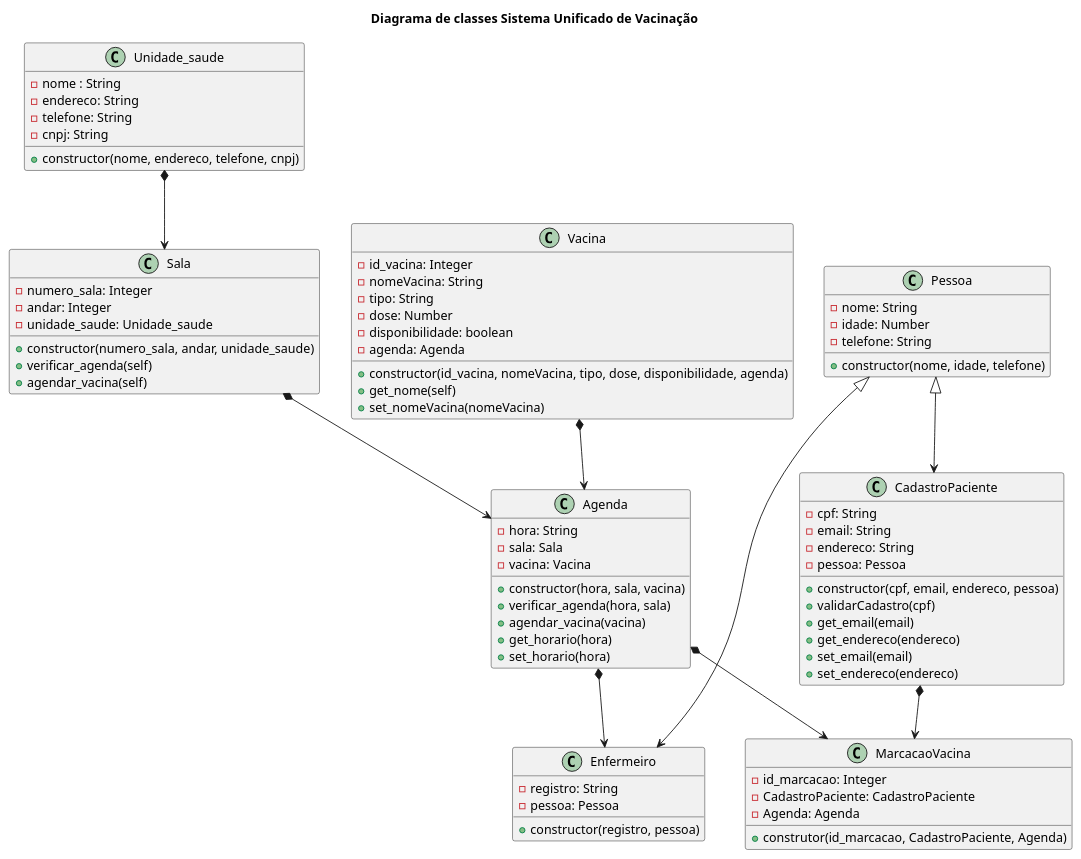
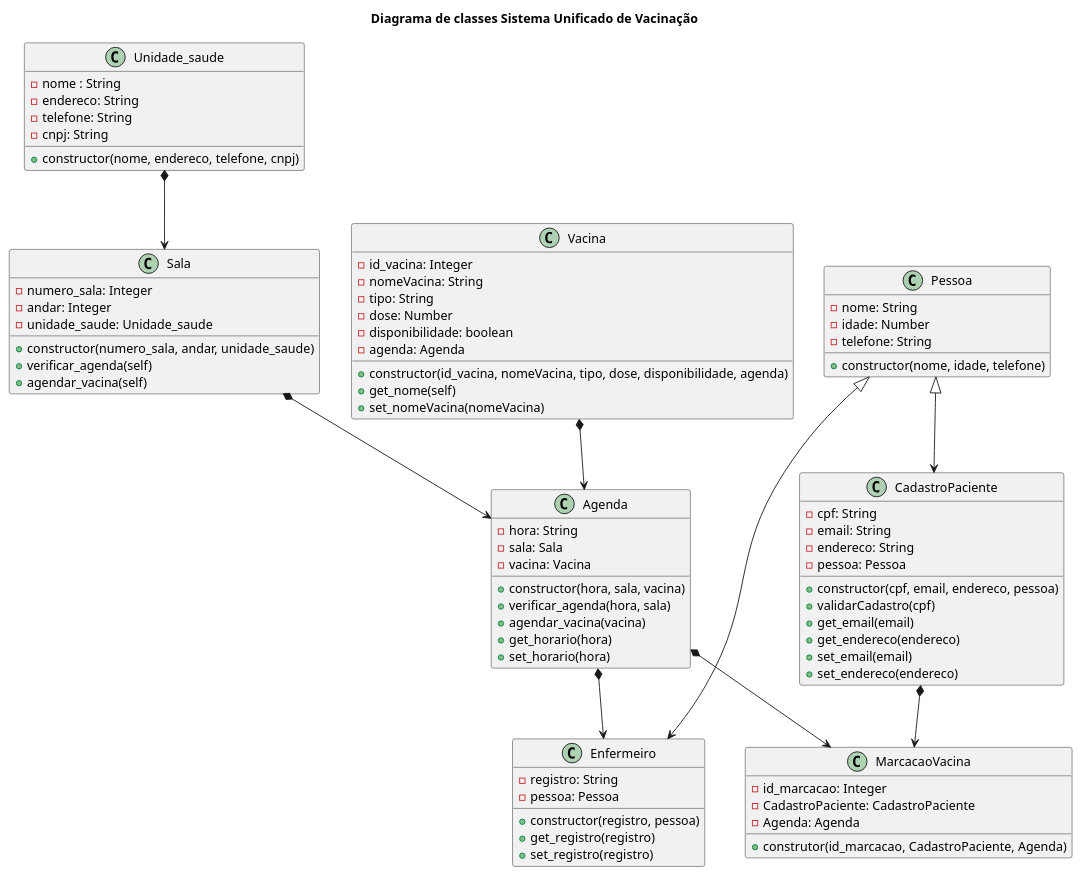
One commit to anleaes/2022-1-N2-POO-01 changed the diagram in diagrama_classe.plantuml. Above: the diagram before and after it, drawn with PlantUML.

Commit message:
atualizacao enfermeiro

```diff
--- a/diagrama_classe.plantuml
+++ b/diagrama_classe.plantuml
@@ -1,88 +1,90 @@
 @startuml diagrama_classe
 
 title Diagrama de classes Sistema Unificado de Vacinação
 
 class Unidade_saude{
     - nome : String
     - endereco: String
     - telefone: String
     - cnpj: String
     + constructor(nome, endereco, telefone, cnpj)
 }
 
 class Sala{
     - numero_sala: Integer
     - andar: Integer
     - unidade_saude: Unidade_saude 
     + constructor(numero_sala, andar, unidade_saude)
     + verificar_agenda(self)
     + agendar_vacina(self)
 }
 
 class Agenda{
     - hora: String
     - sala: Sala
     - vacina: Vacina
     + constructor(hora, sala, vacina)
     + verificar_agenda(hora, sala)
     + agendar_vacina(vacina)
     + get_horario(hora)
     + set_horario(hora)
 }
 
 
 Class Vacina{
     - id_vacina: Integer
     - nomeVacina: String
     - tipo: String
     - dose: Number
     - disponibilidade: boolean
     - agenda: Agenda
     + constructor(id_vacina, nomeVacina, tipo, dose, disponibilidade, agenda)
     + get_nome(self)
     + set_nomeVacina(nomeVacina)
 }
 
 class Pessoa{
     - nome: String
     - idade: Number
     - telefone: String
     + constructor(nome, idade, telefone)
 }
 
 class CadastroPaciente {
     - cpf: String
     - email: String
     - endereco: String
     - pessoa: Pessoa
     + constructor(cpf, email, endereco, pessoa)
     + validarCadastro(cpf)
     + get_email(email)
     + get_endereco(endereco)
     + set_email(email)
     + set_endereco(endereco)
 }
 
 class Enfermeiro {
     - registro: String
     - pessoa: Pessoa
     + constructor(registro, pessoa)
+    + get_registro(registro)
+    + set_registro(registro)
 }
 
 class MarcacaoVacina{
     - id_marcacao: Integer
     - CadastroPaciente: CadastroPaciente
     - Agenda: Agenda
     + construtor(id_marcacao, CadastroPaciente, Agenda)
 }
 
 Pessoa <|--> CadastroPaciente
 Pessoa <|--> Enfermeiro
 Unidade_saude *--> Sala
 Sala *--> Agenda
 Vacina *--> Agenda
 Agenda *--> Enfermeiro
 CadastroPaciente *--> MarcacaoVacina
 Agenda *--> MarcacaoVacina
 
 @enduml
```
